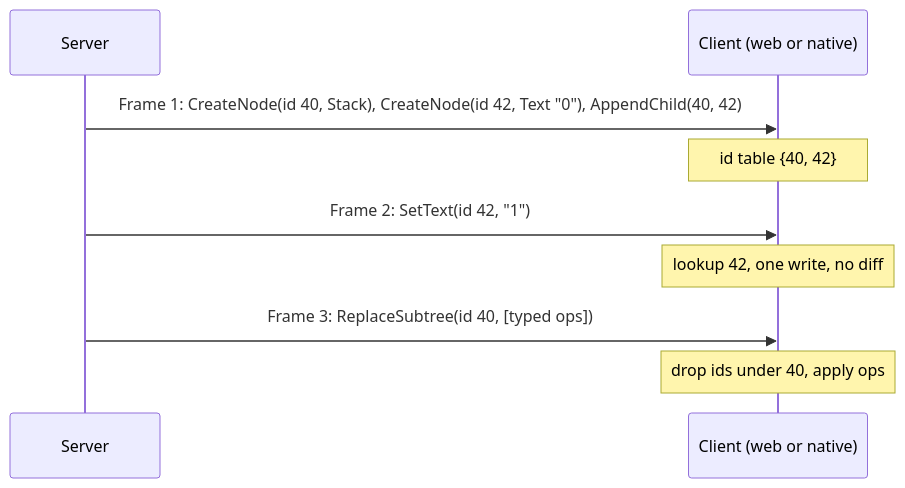
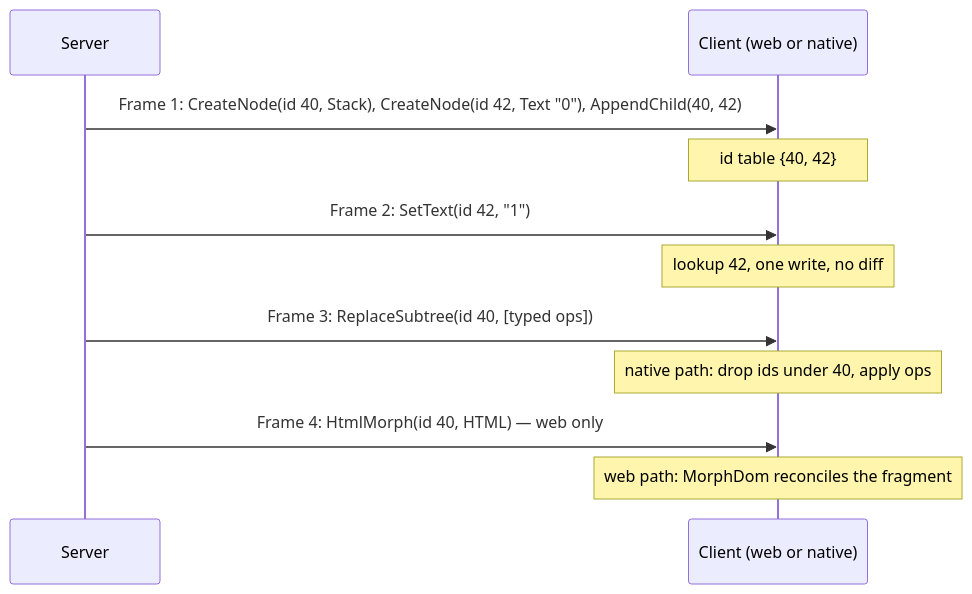
The second of 2 diagrams in specifications/69-foundation-ui-v2/research/01-compile-time-targeting.md (ewe-studios/ewe_platform), drawn with Mermaid before and after one commit. The commit also changed other lines of this file and 16 other files, not shown here.

````diff
--- a/specifications/69-foundation-ui-v2/research/01-compile-time-targeting.md
+++ b/specifications/69-foundation-ui-v2/research/01-compile-time-targeting.md
@@ -79,11 +120,13 @@
 ```mermaid
 sequenceDiagram
     participant S as Server
     participant C as Client (web or native)
     S->>C: Frame 1: CreateNode(id 40, Stack), CreateNode(id 42, Text "0"), AppendChild(40, 42)
     Note over C: id table {40, 42}
     S->>C: Frame 2: SetText(id 42, "1")
     Note over C: lookup 42, one write, no diff
     S->>C: Frame 3: ReplaceSubtree(id 40, [typed ops])
-    Note over C: drop ids under 40, apply ops
+    Note over C: native path: drop ids under 40, apply ops
+    S->>C: Frame 4: HtmlMorph(id 40, HTML) — web only
+    Note over C: web path: MorphDom reconciles the fragment
 ```
````
